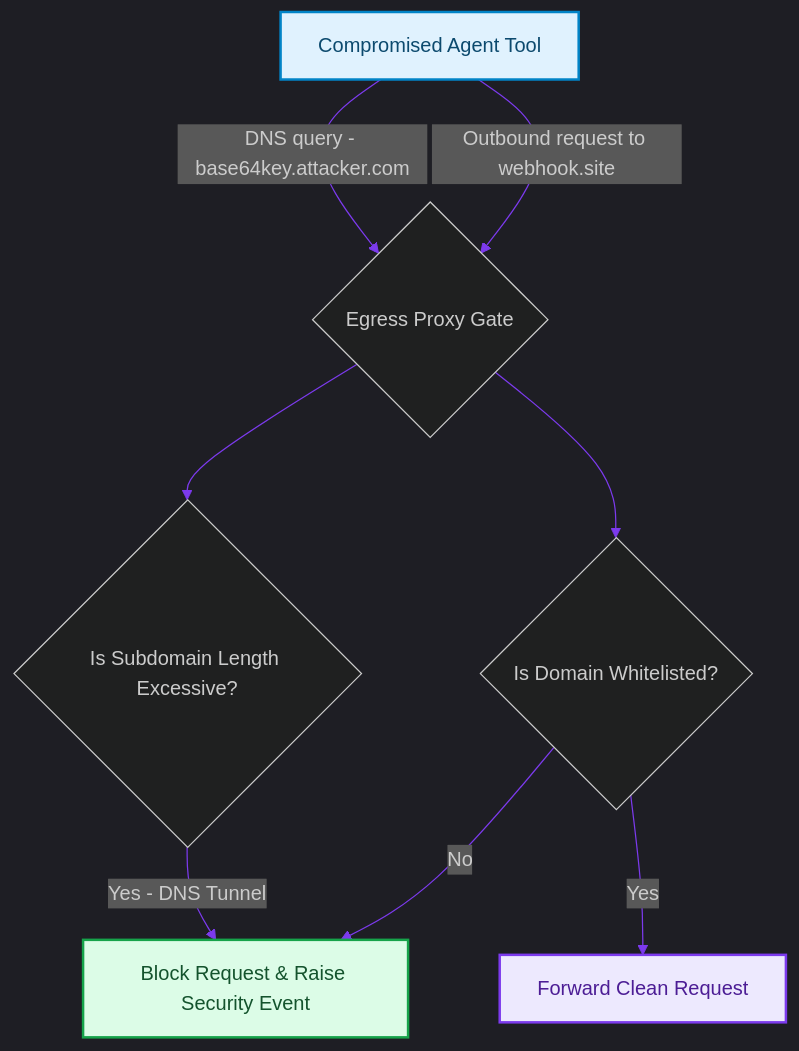
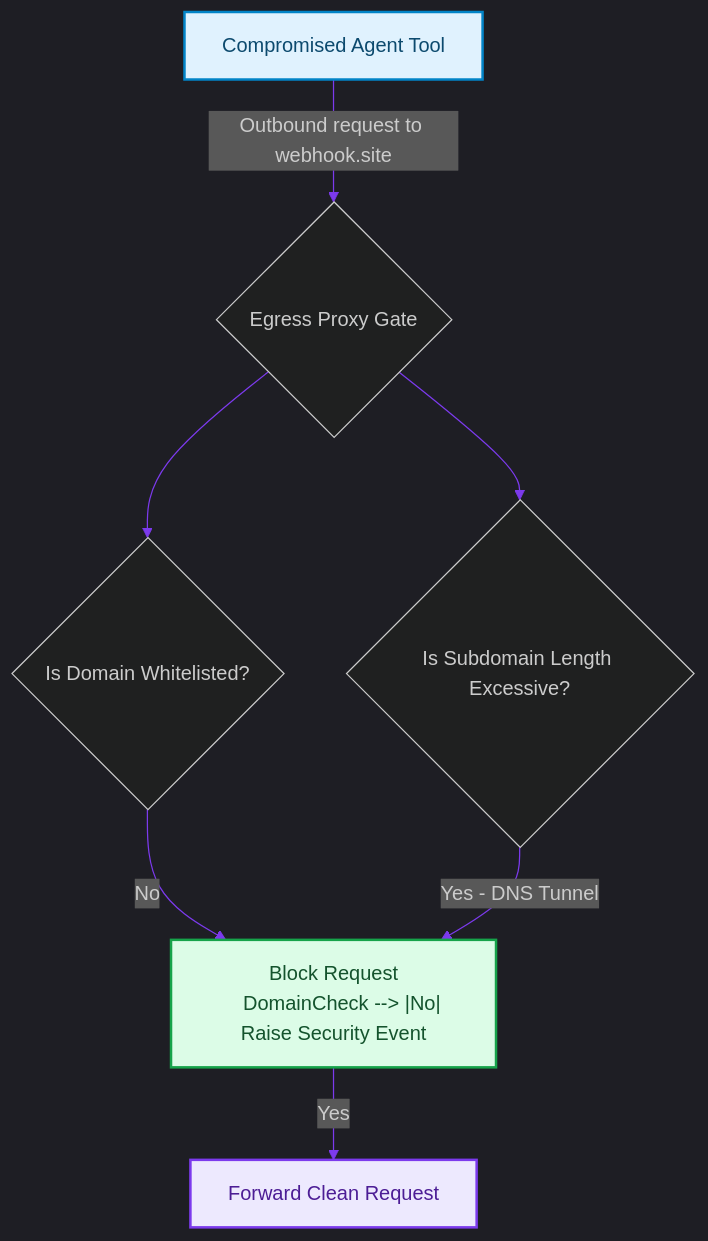
The diagram in blog/posts/security-data-exfiltration-dns-tunnels-egress-gateways.md (akmalkhaniub/akmalkhaniub.github.io), drawn with Mermaid before and after one commit. The commit also changed other lines of this file and 894 other files, not shown here.

Commit message:
feat(blog): upgrade all 444 posts with unique staggered dates, 2-col Mermaid spines, benchmark tables, code blocks, and trade-offs

````diff
--- a/blog/posts/security-data-exfiltration-dns-tunnels-egress-gateways.md
+++ b/blog/posts/security-data-exfiltration-dns-tunnels-egress-gateways.md
@@ -16,23 +16,23 @@
 ```mermaid
 %%{init: {'theme': 'dark', 'themeVariables': { 'primaryColor': '#7c3aed', 'primaryTextColor': '#f3f4f6', 'primaryBorderColor': '#a78bfa', 'lineColor': '#7c3aed', 'secondaryColor': '#111827', 'tertiaryColor': '#0b0f19'}}}%%
 flowchart TD
     Agent["Compromised Agent Tool"] -->|Outbound request to webhook.site| Proxy{Egress Proxy Gate}
-    Agent -->|DNS query - base64key.attacker.com| Proxy
     
     Proxy --> DomainCheck{Is Domain Whitelisted?}
     Proxy --> PayloadCheck{Is Subdomain Length Excessive?}
     
-    DomainCheck -->|No| Block["Block Request & Raise Security Event"]
+    DomainCheck --> |No| Block["Block Request
+    DomainCheck --> |No| Raise Security Event"]
     PayloadCheck -->|Yes - DNS Tunnel| Block
     
-    DomainCheck -->|Yes| Route["Forward Clean Request"]
+    Block --> |Yes| Route["Forward Clean Request"]
 
 classDef green fill:#dcfce7,stroke:#16a34a,stroke-width:2px,color:#14532d;
 classDef red fill:#fee2e2,stroke:#dc2626,stroke-width:2px,color:#7f1d1d;
 classDef blue fill:#e0f2fe,stroke:#0284c7,stroke-width:2px,color:#0c4a6e;
 classDef yellow fill:#fef3c7,stroke:#d97706,stroke-width:2px,color:#78350f;
 classDef purple fill:#ede9fe,stroke:#7c3aed,stroke-width:2px,color:#4c1d95;
 class Agent blue
 class Block green
 class Route purple
 ```
````
